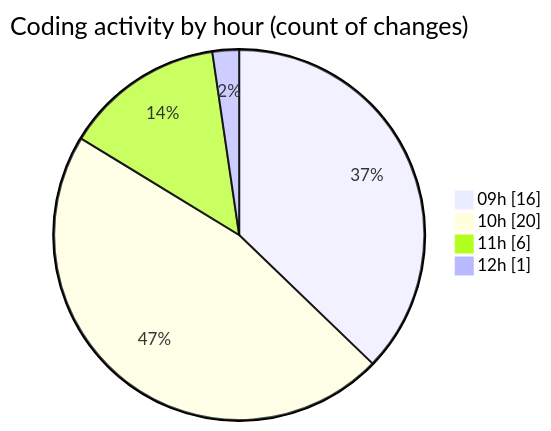
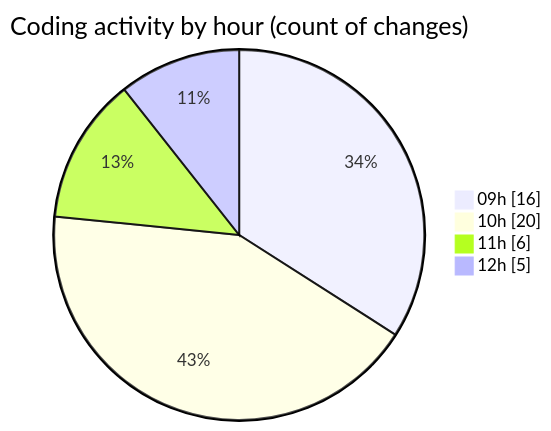
Before and after one commit to momahboobian/code-tracking: the second of 2 diagrams in 2025-05-16/cda/README.md, drawn with Mermaid. The commit also changed other lines of this file and 1 other file, not shown here.

````diff
--- a/2025-05-16/cda/README.md
+++ b/2025-05-16/cda/README.md
@@ -51,8 +52,8 @@
 ```mermaid
 pie showData
 title Coding activity by hour (count of changes)
 "09h" : 16
 "10h" : 20
 "11h" : 6
-"12h" : 1
+"12h" : 5
 ```
````
